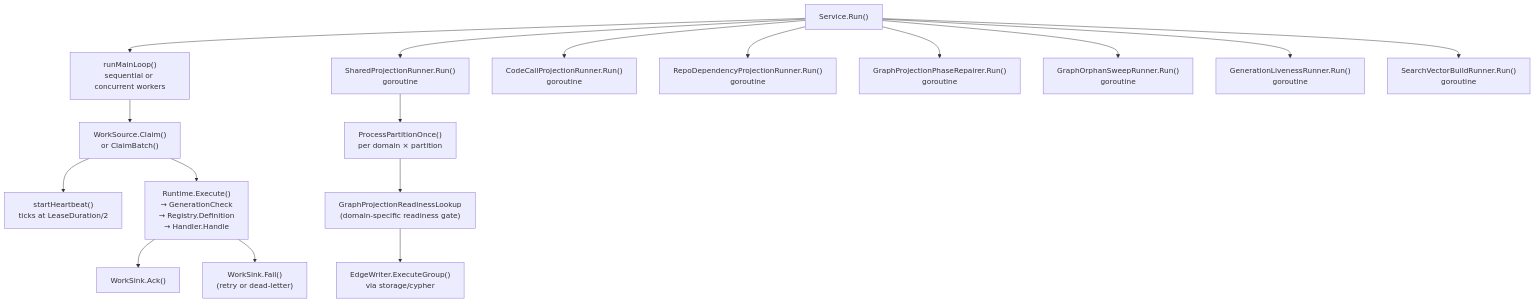
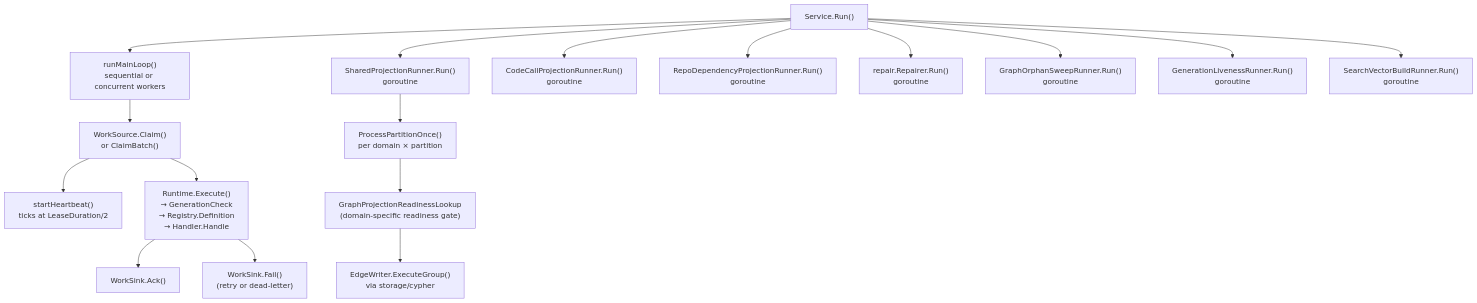
One commit to eshu-hq/eshu changed the second of 2 diagrams in go/internal/reducer/README.md. Above: the diagram before and after it, drawn with Mermaid. The commit also changed other lines of this file and 35 other files, not shown here.

````diff
--- a/go/internal/reducer/README.md
+++ b/go/internal/reducer/README.md
@@ -50,19 +50,19 @@
 ```mermaid
 flowchart TB
   Service["Service.Run()"] --> MainLoop["runMainLoop()\nsequential or concurrent workers"]
   MainLoop --> Claim["WorkSource.Claim()\nor ClaimBatch()"]
   Claim --> Heartbeat["startHeartbeat()\nticks at LeaseDuration/2"]
   Claim --> Execute["Runtime.Execute()\n→ GenerationCheck\n→ Registry.Definition\n→ Handler.Handle"]
   Execute --> Ack["WorkSink.Ack()"]
   Execute --> Fail["WorkSink.Fail()\n(retry or dead-letter)"]
   Service --> SPR["SharedProjectionRunner.Run()\ngoroutine"]
   Service --> CCPR["CodeCallProjectionRunner.Run()\ngoroutine"]
   Service --> RDPR["RepoDependencyProjectionRunner.Run()\ngoroutine"]
-  Service --> Repair["GraphProjectionPhaseRepairer.Run()\ngoroutine"]
+  Service --> Repair["repair.Repairer.Run()\ngoroutine"]
   Service --> Orphans["GraphOrphanSweepRunner.Run()\ngoroutine"]
   Service --> Liveness["GenerationLivenessRunner.Run()\ngoroutine"]
   Service --> SearchVectors["SearchVectorBuildRunner.Run()\ngoroutine"]
   SPR --> ProcessPartition["ProcessPartitionOnce()\nper domain × partition"]
   ProcessPartition --> ReadinessGate["GraphProjectionReadinessLookup\n(domain-specific readiness gate)"]
   ReadinessGate --> EdgeWriter["EdgeWriter.ExecuteGroup()\nvia storage/cypher"]
 ```
````
